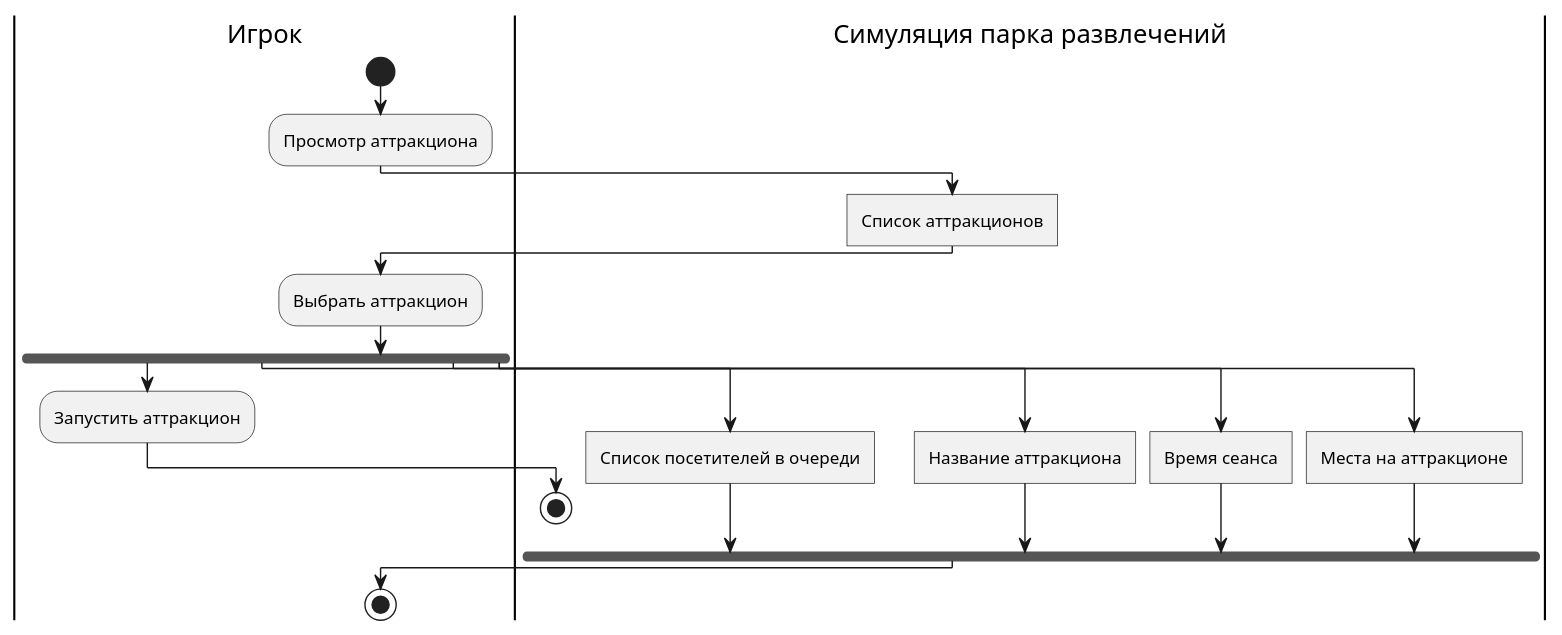
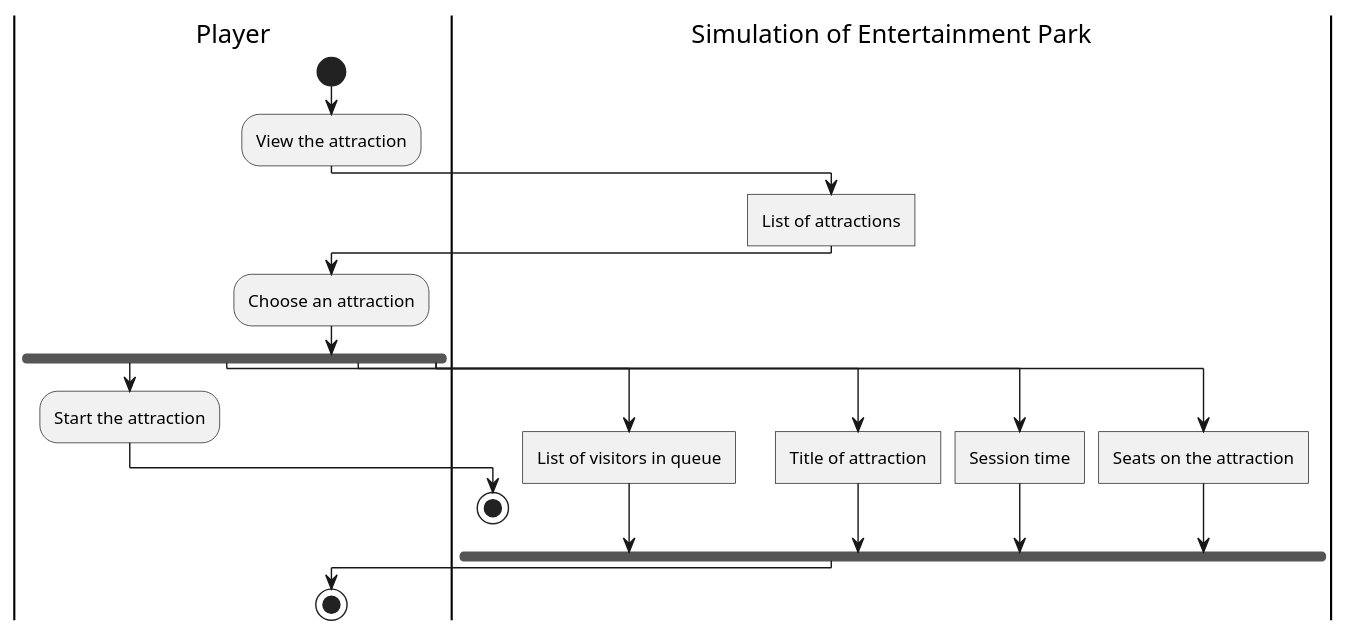
One commit to mzhirko/amusement-park changed the diagram in description/diagrams/diagrams-en/activity/view-attraction-activity-diagram.wsd. Above: the diagram before and after it, drawn with PlantUML. The commit also changed 25 other files, not shown here.

Commit message:
Translate activity diagrams + render imgs

```diff
--- a/description/diagrams/diagrams-en/activity/view-attraction-activity-diagram.wsd
+++ b/description/diagrams/diagrams-en/activity/view-attraction-activity-diagram.wsd
@@ -1,25 +1,25 @@
 @startuml view-attraction-activity-diagram
 skinparam ConditionEndStyle hline
-|Игрок|
+|Player|
 start
-:Просмотр аттракциона;
-|Симуляция парка развлечений|
-:Список аттракционов]
-|Игрок|
-:Выбрать аттракцион;
+:View the attraction;
+|Simulation of Entertainment Park|
+:List of attractions]
+|Player|
+:Choose an attraction;
 fork
-:Запустить аттракцион;
-|Симуляция парка развлечений|
+:Start the attraction;
+|Simulation of Entertainment Park|
 stop
 forkagain
-:Список посетителей в очереди]
+:List of visitors in queue]
 forkagain
-:Название аттракциона]
+:Title of attraction]
 forkagain
-:Время сеанса]
+:Session time]
 forkagain
-:Места на аттракционе]
+:Seats on the attraction]
 endfork
-|Игрок|
+|Player|
 stop
 @enduml
```
